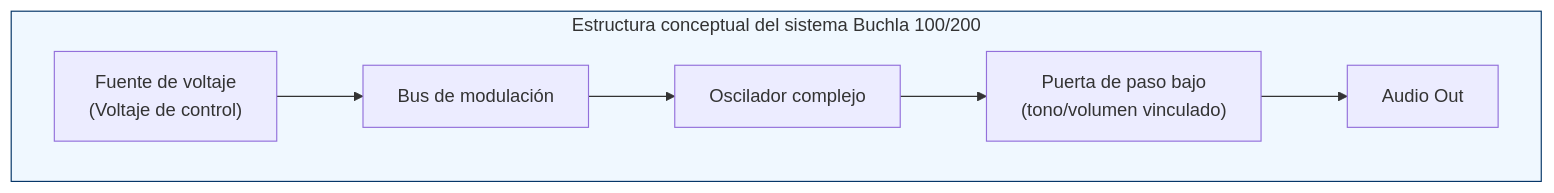
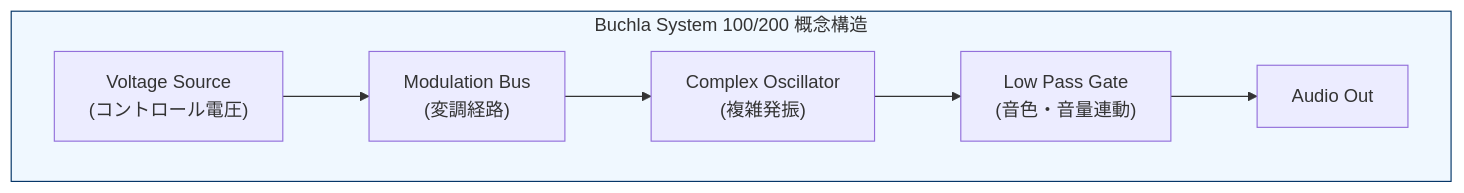
The first of 2 diagrams in es/_posts/2025-10-25-column-buchla-serge.md (monumental-movement/monumental-movement.github.io), drawn with Mermaid before and after one commit. The commit also changed other lines of this file and 299 other files, not shown here.

```diff
--- a/es/_posts/2025-10-25-column-buchla-serge.md
+++ b/es/_posts/2025-10-25-column-buchla-serge.md
@@ -66,13 +66,13 @@
 <div class="mermaid">
 
 flowchart LR
-  subgraph Buchla_System["Estructura conceptual del sistema Buchla 100/200"]
+  subgraph Buchla_System["Buchla System 100/200 概念構造"]
     direction LR
-    CV["Fuente de voltaje<br>(Voltaje de control)"] --> MOD["Bus de modulación<br>"]
-    MOD --> OSC["Oscilador complejo<br>"]
-    OSC --> LPG["Puerta de paso bajo<br>(tono/volumen vinculado)"]
+    CV["Voltage Source<br>(コントロール電圧)"] --> MOD["Modulation Bus<br>(変調経路)"]
+    MOD --> OSC["Complex Oscillator<br>(複雑発振)"]
+    OSC --> LPG["Low Pass Gate<br>(音色・音量連動)"]
     LPG --> OUT["Audio Out"]
   end
   style Buchla_System fill:#f0f8ff,stroke:#003366,stroke-width:1px;
 
 </div>
```
